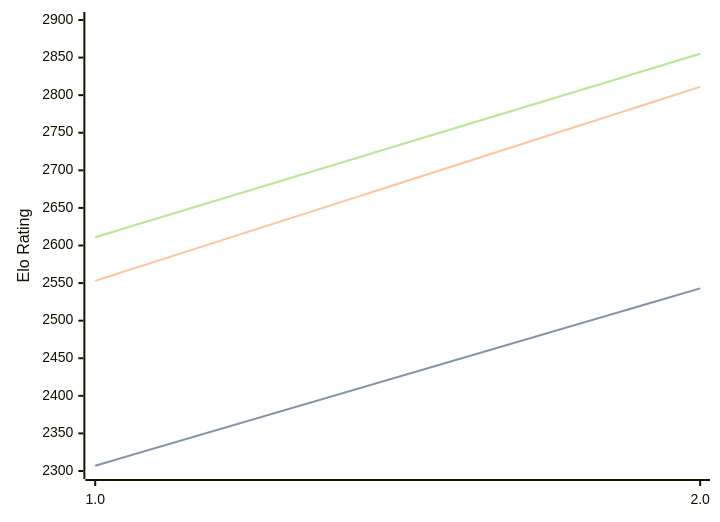
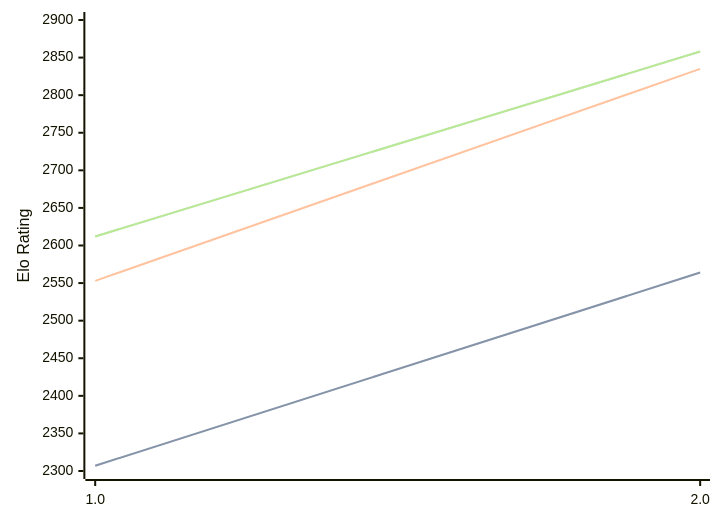
Before and after one commit to computer-chess-index/cci: the diagram in engines/Revolver.md, drawn with Mermaid. The commit also changed other lines of this file, not shown here.

Commit message:
Update CCI Ratings (ELO VLTC) - 2026-05-05

````diff
--- a/engines/Revolver.md
+++ b/engines/Revolver.md
@@ -32,11 +32,11 @@
 ```mermaid
 %%{init: {"theme":"base","themeVariables":{"seriesColors:['#a3a3a3','#222221','#faa371']}}}%%
 xychart-beta
   x-axis ["1.0", "2.0"]
   y-axis "Elo Rating" 2300 --> 2900
-  line "STC (8.0+0.08s)" [2307, 2543]
-  line "STC (8.0+0.08s)" [2307, 2543]
-  line "LTC (60.0+0.60s)" [2553, 2811]
-  line "VLTC (2m24s+1.12s)" [2611, 2855]
-  line "VLTC (2m24s+1.12s)" [2611, 2855]
+  line "STC (8.0+0.08s)" [2307, 2564]
+  line "STC (8.0+0.08s)" [2307, 2564]
+  line "LTC (60.0+0.60s)" [2553, 2835]
+  line "VLTC (2m24s+1.12s)" [2612, 2858]
+  line "VLTC (2m24s+1.12s)" [2612, 2858]
 ```
````
